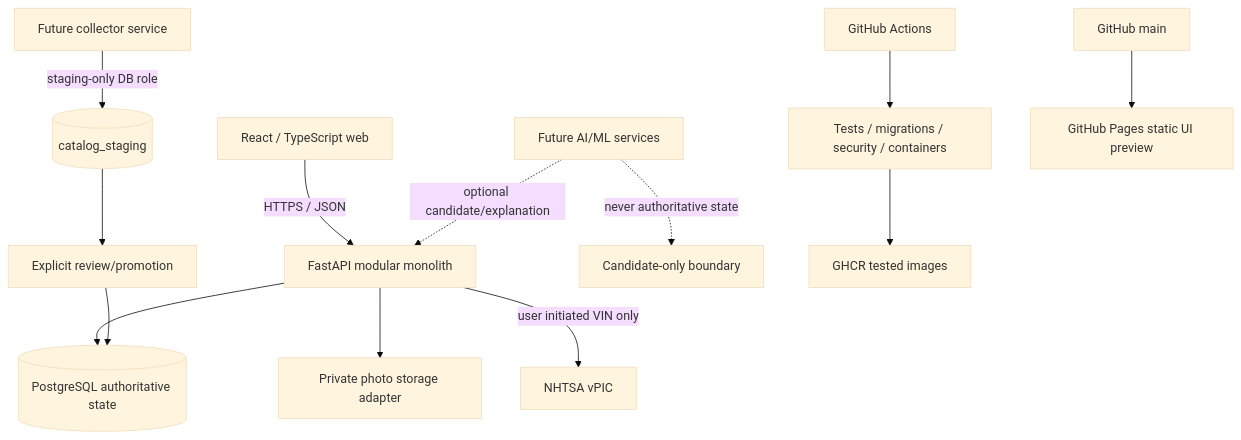
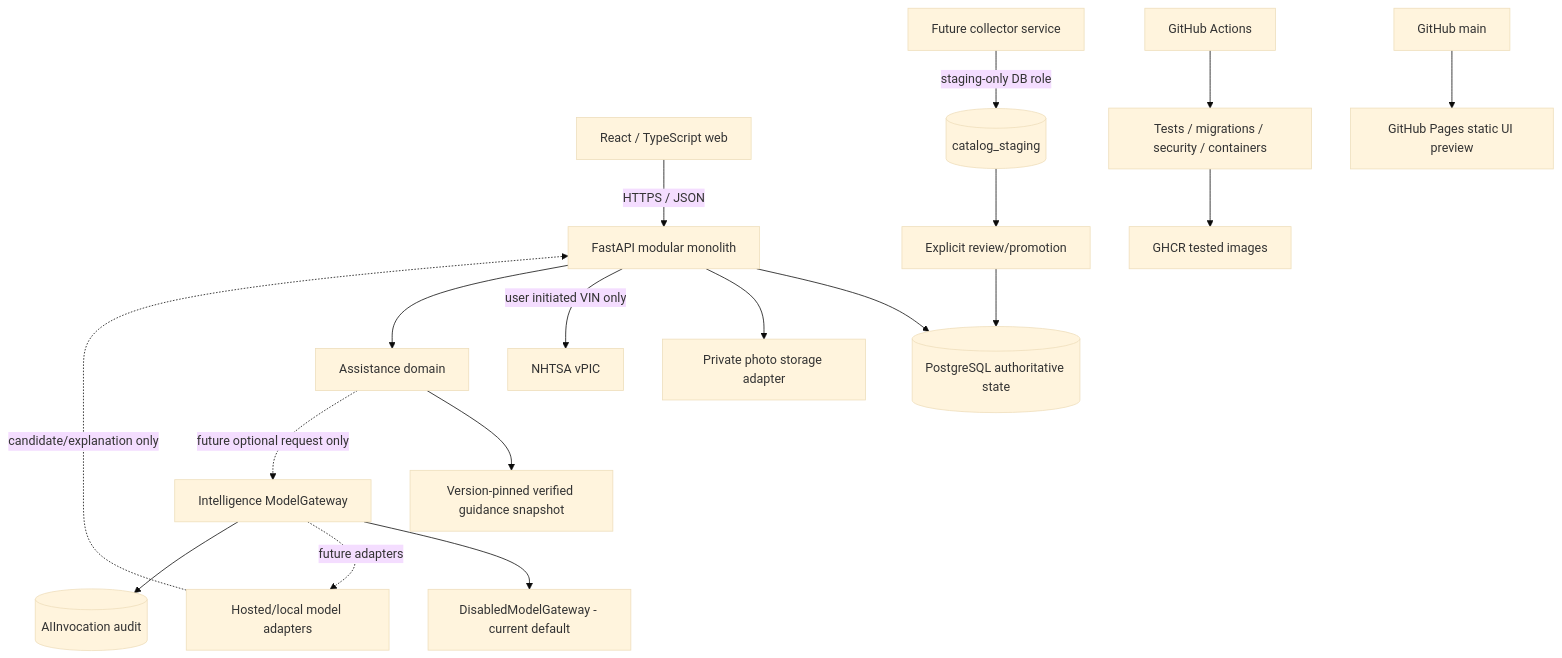
The seventh of 10 diagrams in docs/PARTGRAPH_SYSTEM_UML.md (Vivek-k24/forgebridge-demo), drawn with Mermaid (base theme) before and after one commit. The commit also changed other lines of this file, not shown here.

Commit message:
Document assistance and intelligence ownership boundary

````diff
--- a/docs/PARTGRAPH_SYSTEM_UML.md
+++ b/docs/PARTGRAPH_SYSTEM_UML.md
@@ -276,18 +278,23 @@
 ```mermaid
 flowchart TB
     BROWSER[React / TypeScript web] -->|HTTPS / JSON| API[FastAPI modular monolith]
     API --> PG[(PostgreSQL authoritative state)]
     API --> MEDIA[Private photo storage adapter]
     API -->|user initiated VIN only| NHTSA[NHTSA vPIC]
 
+    API --> ASSIST[Assistance domain]
+    ASSIST --> VERIFIED[Version-pinned verified guidance snapshot]
+    ASSIST -. future optional request only .-> GATEWAY[Intelligence ModelGateway]
+    GATEWAY --> DISABLED[DisabledModelGateway - current default]
+    GATEWAY -. future adapters .-> MODELS[Hosted/local model adapters]
+    MODELS -. candidate/explanation only .-> API
+    GATEWAY --> AUDIT[(AIInvocation audit)]
+
     COLLECTOR[Future collector service] -->|staging-only DB role| STAGING[(catalog_staging)]
     STAGING --> PROMOTE[Explicit review/promotion]
     PROMOTE --> PG
-
-    AI[Future AI/ML services] -. optional candidate/explanation .-> API
-    AI -. never authoritative state .-> AI_GUARD[Candidate-only boundary]
 
     CI[GitHub Actions] --> TEST[Tests / migrations / security / containers]
     TEST --> GHCR[GHCR tested images]
     MAIN[GitHub main] --> PAGES[GitHub Pages static UI preview]
 ```
````
